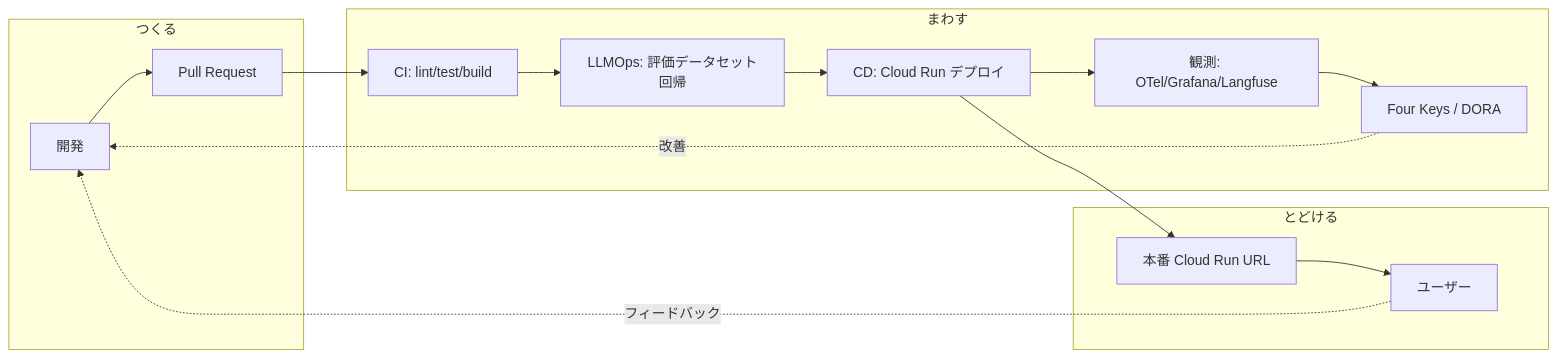
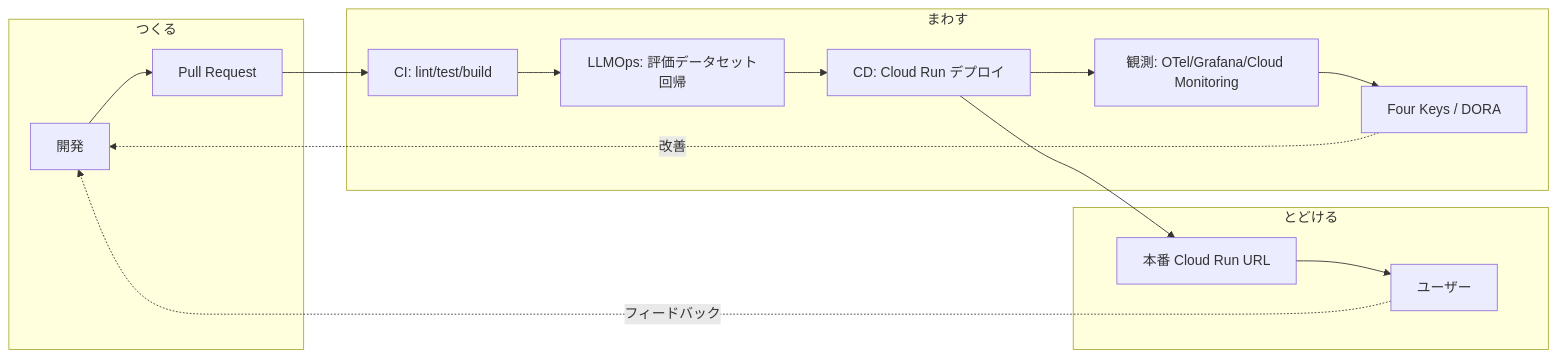
Before and after one commit to godhuu0505/sanba: the diagram in docs/how-to/devops.md, drawn with Mermaid. The commit also changed other lines of this file and 15 other files, not shown here.

````diff
--- a/docs/how-to/devops.md
+++ b/docs/how-to/devops.md
@@ -7,19 +7,19 @@
 ```mermaid
 flowchart LR
     subgraph Make["つくる"]
         Dev[開発] --> PR[Pull Request]
     end
     subgraph Run["まわす"]
         PR --> CI[CI: lint/test/build]
         CI --> Eval[LLMOps: 評価データセット回帰]
         Eval --> CD[CD: Cloud Run デプロイ]
-        CD --> Obs[観測: OTel/Grafana/Langfuse]
+        CD --> Obs[観測: OTel/Grafana/Cloud Monitoring]
         Obs --> DORA[Four Keys / DORA]
         DORA -.改善.-> Dev
     end
     subgraph Deliver["とどける"]
         CD --> Prod[本番 Cloud Run URL]
         Prod --> User[ユーザー]
         User -.フィードバック.-> Dev
     end
 ```
````
